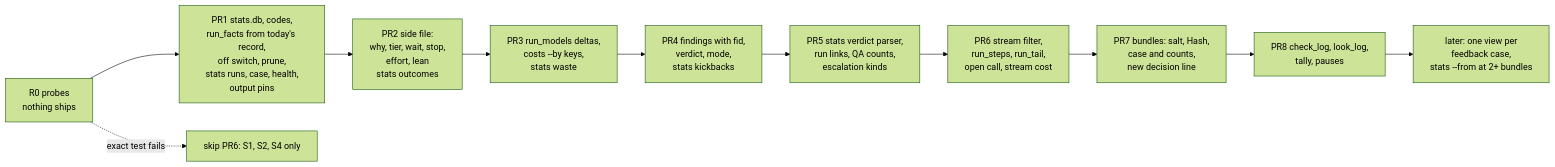
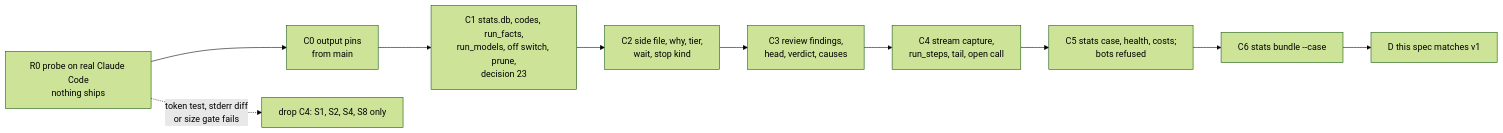
Diagram 11 of 11 in docs/design/data-collection.md (ProlesDei/maestro), drawn with Mermaid (forest theme) before and after one commit. The commit also changed other lines of this file and 3 other files, not shown here.

First line of the commit message:
D: spec matches v1

````diff
--- a/docs/design/data-collection.md
+++ b/docs/design/data-collection.md
@@ -811,13 +764,12 @@
 ```mermaid
 flowchart LR
-  R0["R0 probes<br/>nothing ships"] --> P1["PR1 stats.db, codes,<br/>run_facts from today's record,<br/>off switch, prune,<br/>stats runs, case, health,<br/>output pins"]
-  P1 --> P2["PR2 side file:<br/>why, tier, wait, stop,<br/>effort, lean<br/>stats outcomes"]
-  P2 --> P3["PR3 run_models deltas,<br/>costs --by keys,<br/>stats waste"]
-  P3 --> P4["PR4 findings with fid,<br/>verdict, mode,<br/>stats kickbacks"]
-  P4 --> P5["PR5 stats verdict parser,<br/>run links, QA counts,<br/>escalation kinds"]
-  P5 --> P6["PR6 stream filter,<br/>run_steps, run_tail,<br/>open call, stream cost"]
-  P6 --> P7["PR7 bundles: salt, Hash,<br/>case and counts,<br/>new decision line"]
-  P7 --> P8["PR8 check_log, look_log,<br/>tally, pauses"]
-  P8 --> LATER["later: one view per<br/>feedback case,<br/>stats --from at 2+ bundles"]
-  R0 -. "exact test fails" .-> FB["skip PR6: S1, S2, S4 only"]
+  R0["R0 probe on real Claude Code<br/>nothing ships"] --> C0["C0 output pins<br/>from main"]
+  C0 --> C1["C1 stats.db, codes, run_facts,<br/>run_models, off switch, prune,<br/>decision 23"]
+  C1 --> C2["C2 side file, why, tier,<br/>wait, stop kind"]
+  C2 --> C3["C3 review findings,<br/>head, verdict, causes"]
+  C3 --> C4["C4 stream capture,<br/>run_steps, tail, open call"]
+  C4 --> C5["C5 stats case, health, costs;<br/>bots refused"]
+  C5 --> C6["C6 stats bundle --case"]
+  C6 --> D["D this spec matches v1"]
+  R0 -. "token test, stderr diff<br/>or size gate fails" .-> FB["drop C4: S1, S2, S4, S8 only"]
 ```
````
